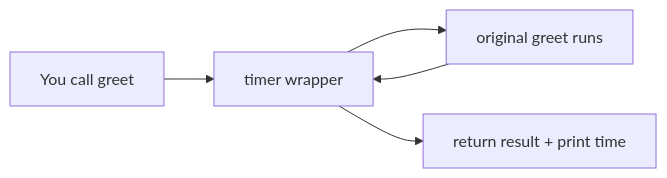
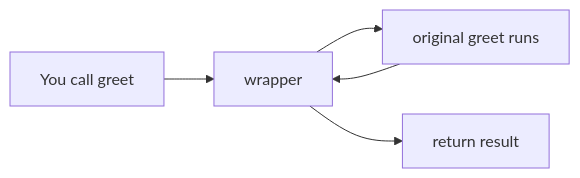
One commit to kyedumati/FS_MATERIAL_KASI changed the diagram in PYTHON/03_Advanced_Python/01_Functions_Decorators_Generators.md. Above: the diagram before and after it, drawn with Mermaid. The commit also changed other lines of this file and 40 other files, not shown here.

````diff
--- a/PYTHON/03_Advanced_Python/01_Functions_Decorators_Generators.md
+++ b/PYTHON/03_Advanced_Python/01_Functions_Decorators_Generators.md
@@ -619,7 +418,7 @@
 ```mermaid
 flowchart LR
-  Call[You call greet] --> Wrap[timer wrapper]
-  Wrap --> Inner[original greet runs]
+  Call["You call greet"] --> Wrap["wrapper"]
+  Wrap --> Inner["original greet runs"]
   Inner --> Wrap
-  Wrap --> Out[return result + print time]
+  Wrap --> Out["return result"]
 ```
````
